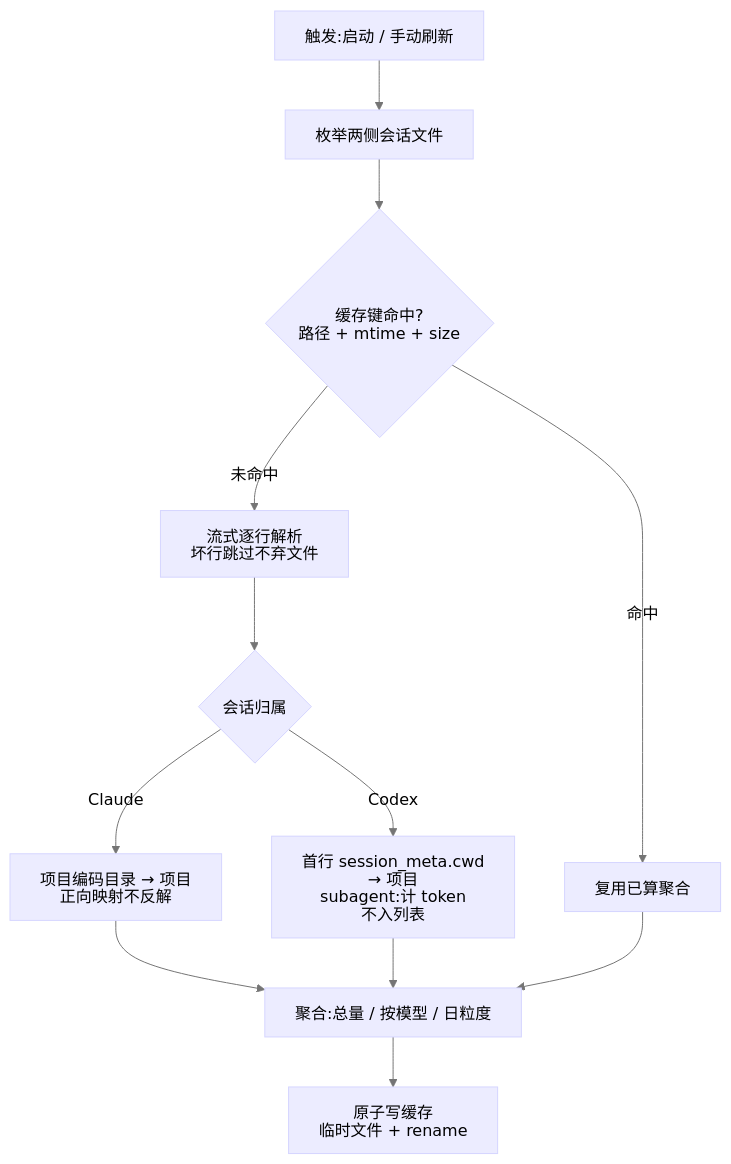
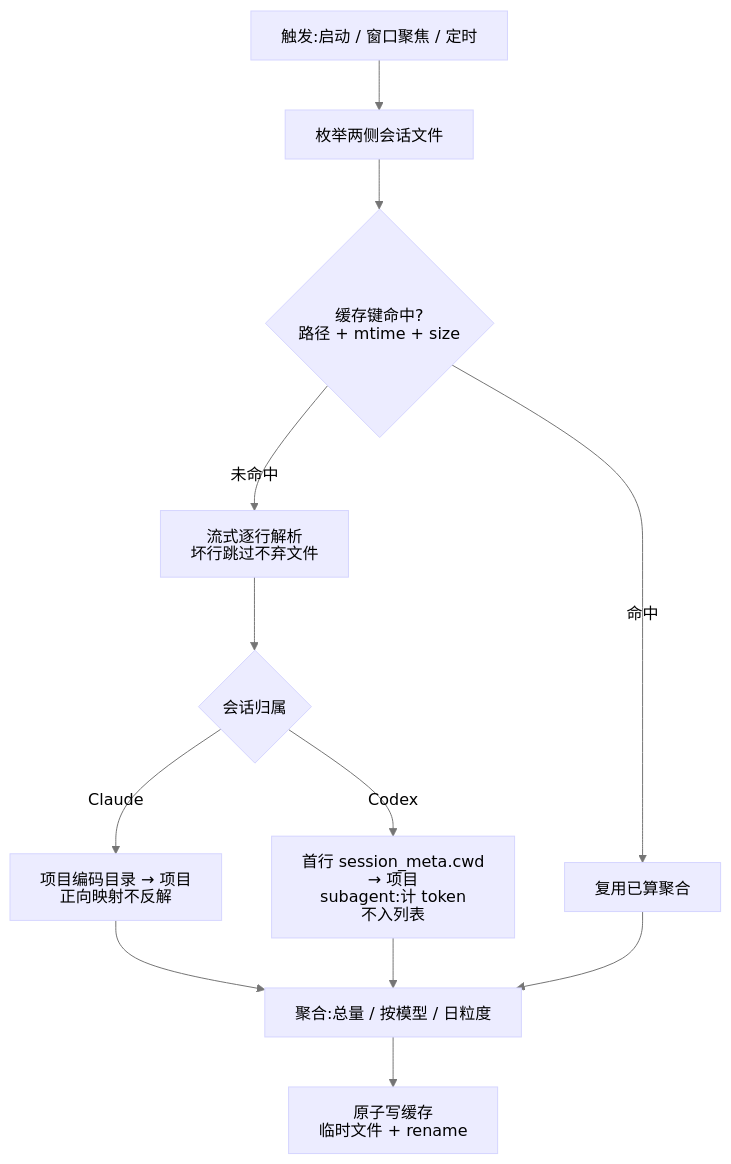
The diagram in docs/prototypes/token-stats/scan-cache/pipeline.mmd (aloong-planet/agentshed), drawn with Mermaid before and after one commit. The commit also changed 12 other files, not shown here.

```diff
--- a/docs/prototypes/token-stats/scan-cache/pipeline.mmd
+++ b/docs/prototypes/token-stats/scan-cache/pipeline.mmd
@@ -1,32 +1,32 @@
 %% title: 增量扫描管线(纯函数流程)
 %%{init: {
   'theme': 'base',
   'htmlLabels': false,
   'state': { 'htmlLabels': false },
   'flowchart': { 'htmlLabels': false },
   'themeVariables': {
     'primaryColor': '#ECECFF',
     'primaryBorderColor': '#D5D5FF',
     'primaryTextColor': '#000000',
     'lineColor': '#757575',
     'textColor': '#212121',
     'edgeLabelBackground': 'transparent',
     'noteBkgColor': '#FFF6B8',
     'noteBorderColor': '#E4C800',
     'noteTextColor': '#5C5100',
     'tertiaryColor': '#f5f5f5',
     'background': '#FFFFFF'
   }
 }}%%
 flowchart TD
-  A[触发:启动 / 手动刷新] --> B[枚举两侧会话文件]
+  A[触发:启动 / 窗口聚焦 / 定时] --> B[枚举两侧会话文件]
   B --> C{缓存键命中?<br/>路径 + mtime + size}
   C -- 命中 --> D[复用已算聚合]
   C -- 未命中 --> E[流式逐行解析<br/>坏行跳过不弃文件]
   E --> F{会话归属}
   F -- Claude --> G[项目编码目录 → 项目<br/>正向映射不反解]
   F -- Codex --> H[首行 session_meta.cwd → 项目<br/>subagent:计 token 不入列表]
   G --> I[聚合:总量 / 按模型 / 日粒度]
   H --> I
   D --> I
   I --> J[原子写缓存<br/>临时文件 + rename]
```
